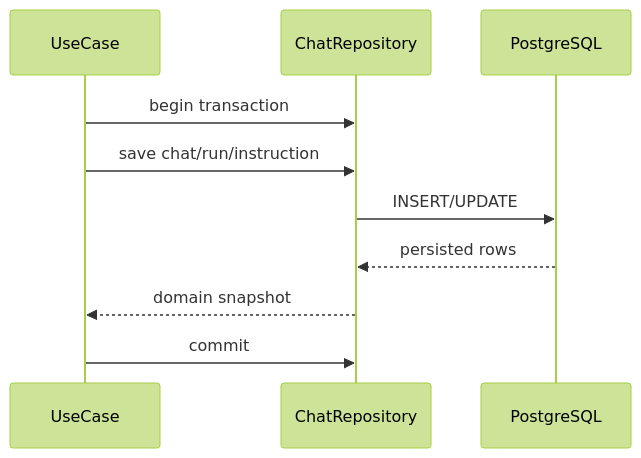
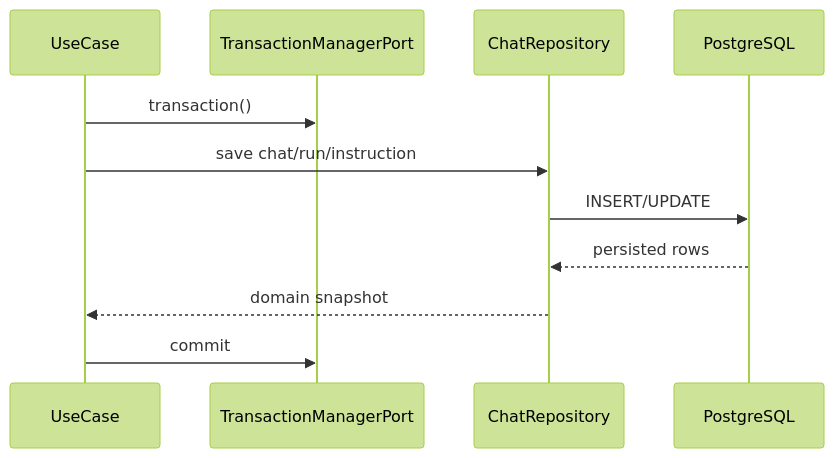
One commit to mincsys/D-Concierge changed the diagram in docs/03_内部設計/03_内部IF設計/チャットRepositoryIF.md. Above: the diagram before and after it, drawn with Mermaid (forest theme). The commit also changed other lines of this file and 18 other files, not shown here.

````diff
--- a/docs/03_内部設計/03_内部IF設計/チャットRepositoryIF.md
+++ b/docs/03_内部設計/03_内部IF設計/チャットRepositoryIF.md
@@ -26,13 +43,14 @@
 ```mermaid
 sequenceDiagram
     participant usecase as UseCase
+    participant tx as TransactionManagerPort
     participant repo as ChatRepository
     participant db as PostgreSQL
 
-    usecase->>repo: begin transaction
+    usecase->>tx: transaction()
     usecase->>repo: save chat/run/instruction
     repo->>db: INSERT/UPDATE
     db-->>repo: persisted rows
     repo-->>usecase: domain snapshot
-    usecase->>repo: commit
+    usecase->>tx: commit
 ```
````
